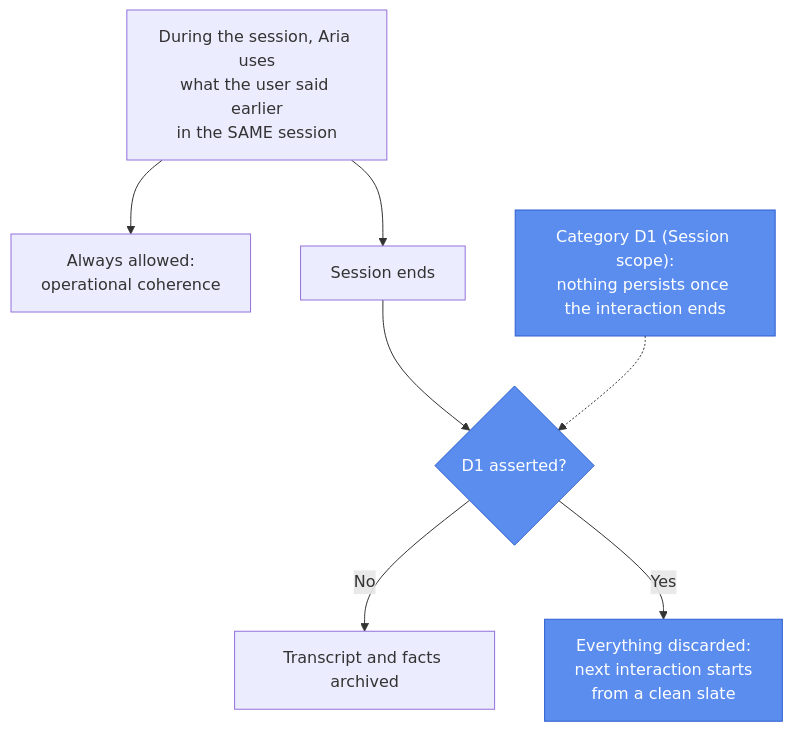
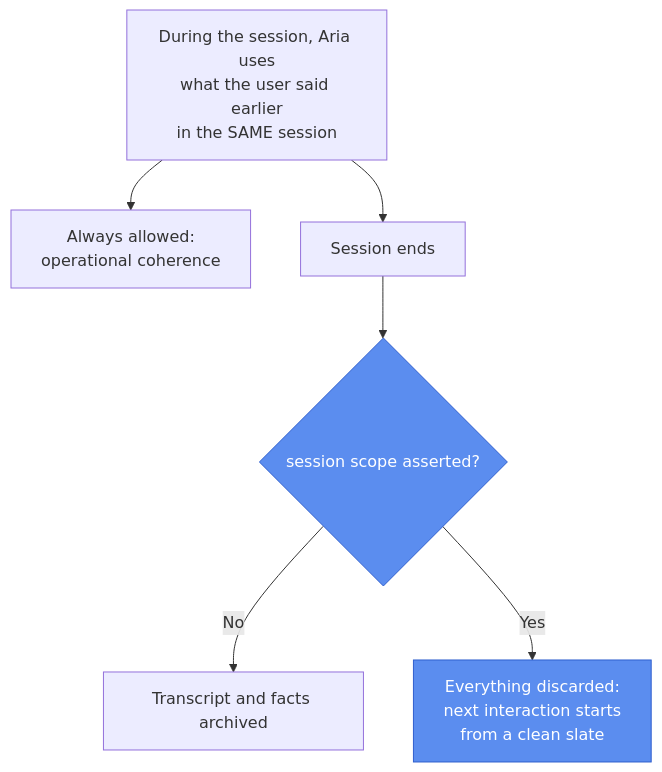
The first of 3 diagrams in prototype-7/README.md (privacy-tech-lab/gpc-ai-agents-prototypes), drawn with Mermaid before and after one commit. The commit also changed other lines of this file and 82 other files, not shown here.

````diff
--- a/prototype-7/README.md
+++ b/prototype-7/README.md
@@ -22,12 +22,11 @@
 ```mermaid
 flowchart TD
     within["During the session, Aria uses<br/>what the user said earlier<br/>in the SAME session"] --> coherence["Always allowed:<br/>operational coherence"]
     within --> ends["Session ends"]
-    ends --> gate1{"D1 asserted?"}
+    ends --> gate1{"session scope asserted?"}
     gate1 -- "No" --> archived["Transcript and facts archived"]
     gate1 -- "Yes" --> discarded["Everything discarded:<br/>next interaction starts<br/>from a clean slate"]
 
-    classDef category fill:#5b8def,stroke:#2f5fce,color:#fff
-    class gate1,discarded category
-    D1cat["Category D1 (Session scope):<br/>nothing persists once the interaction ends"]:::category -.-> gate1
+    classDef enforced fill:#5b8def,stroke:#2f5fce,color:#fff
+    class gate1,discarded enforced
 ```
````
